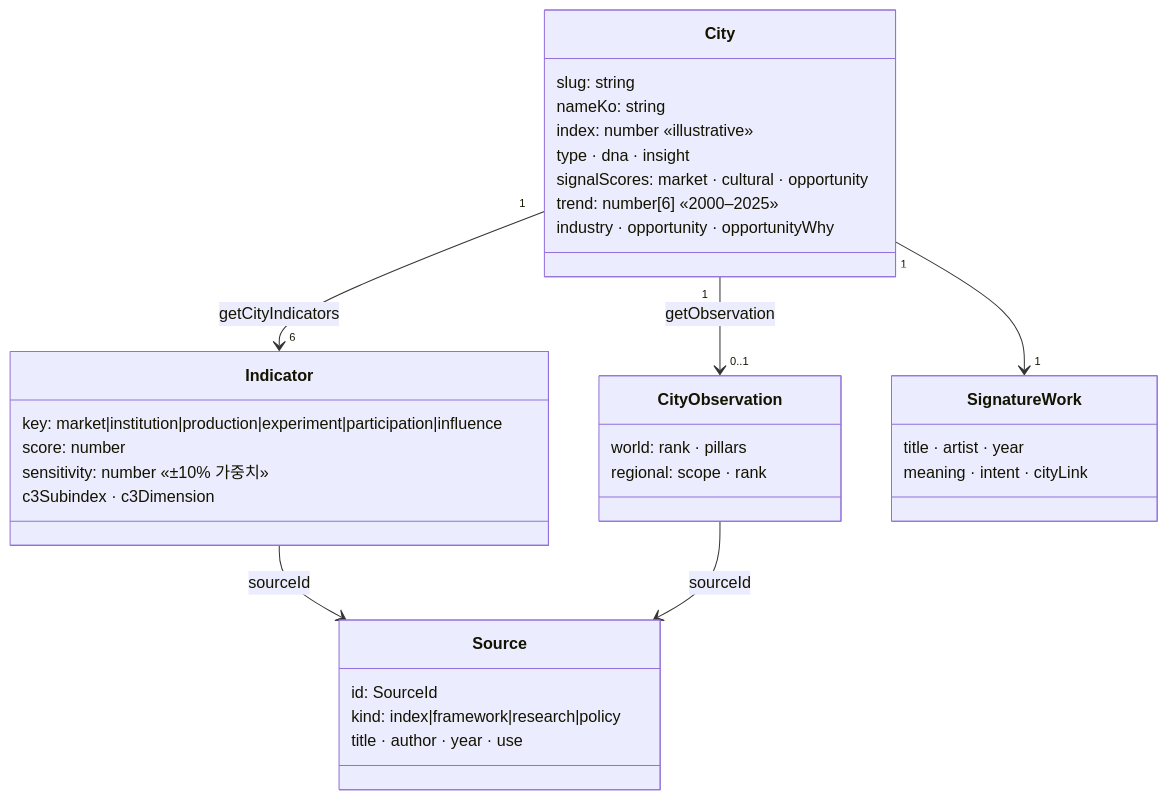
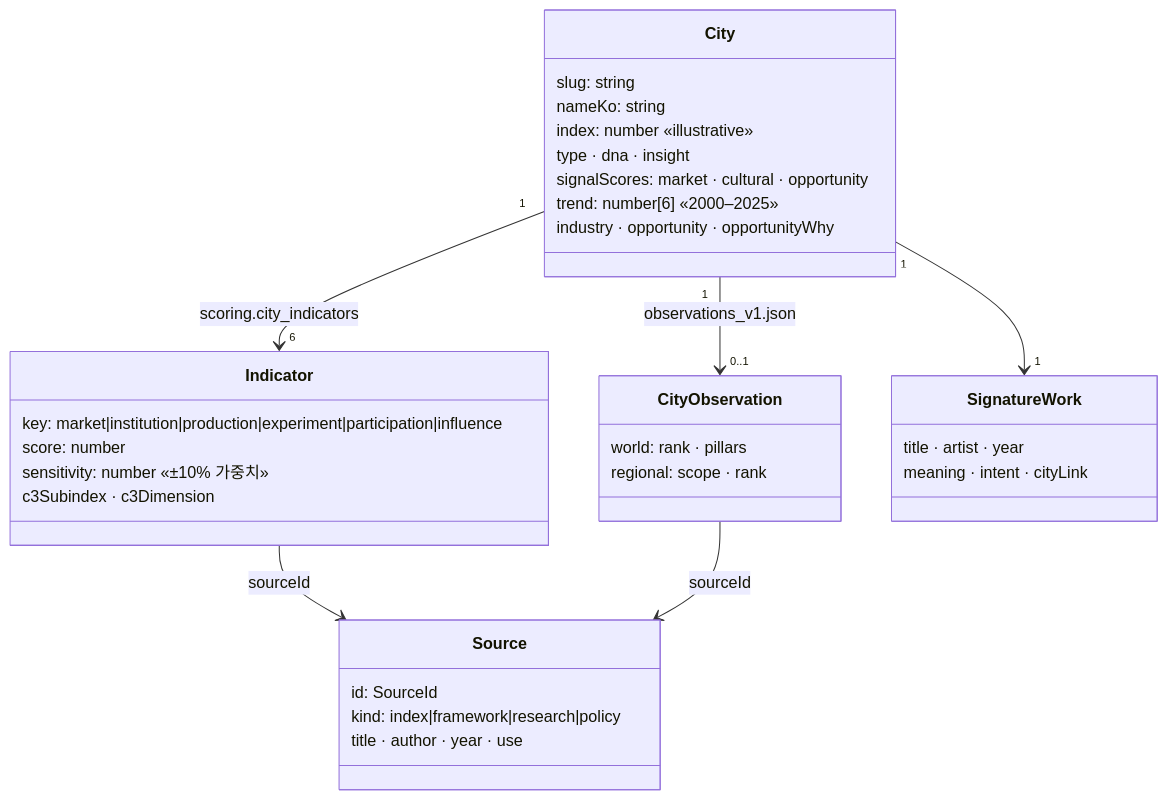
One commit to beang66/art-city-intelligence changed the fourth of 5 diagrams in README.md. Above: the diagram before and after it, drawn with Mermaid. The commit also changed other lines of this file, not shown here.

````diff
--- a/README.md
+++ b/README.md
@@ -336,36 +346,36 @@
 ```mermaid
 classDiagram
     class City {
         slug: string
         nameKo: string
         index: number  «illustrative»
         type · dna · insight
         signalScores: market · cultural · opportunity
         trend: number[6]  «2000–2025»
         industry · opportunity · opportunityWhy
     }
     class Indicator {
         key: market|institution|production|experiment|participation|influence
         score: number
         sensitivity: number  «±10% 가중치»
         c3Subindex · c3Dimension
     }
     class CityObservation {
         world: rank · pillars
         regional: scope · rank
     }
     class Source {
         id: SourceId
         kind: index|framework|research|policy
         title · author · year · use
     }
     class SignatureWork {
         title · artist · year
         meaning · intent · cityLink
     }
-    City "1" --> "6" Indicator : getCityIndicators
-    City "1" --> "0..1" CityObservation : getObservation
+    City "1" --> "6" Indicator : scoring.city_indicators
+    City "1" --> "0..1" CityObservation : observations_v1.json
     City "1" --> "1" SignatureWork
     Indicator --> Source : sourceId
     CityObservation --> Source : sourceId
 ```
````
